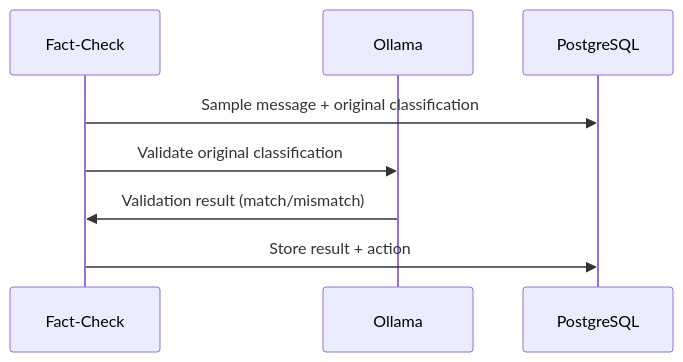
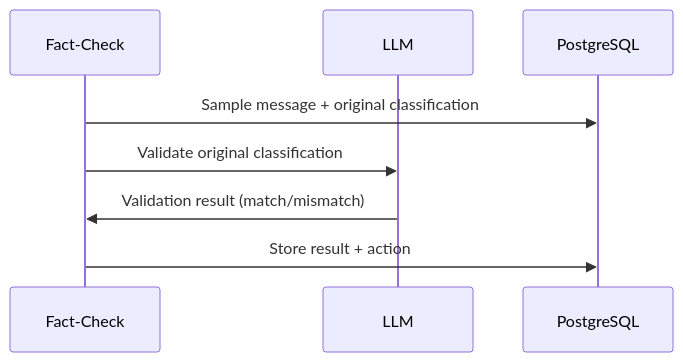
Before and after one commit to osintukraine/osint-platform-docs: the fourth of 6 diagrams in docs/developer-guide/services/fact-check.md, drawn with Mermaid. The commit also changed other lines of this file and 7 other files, not shown here.

Commit message:
docs(developer): replace qwen/ollama-era internals with links to platform LLM_GATEWAY.md

````diff
--- a/docs/developer-guide/services/fact-check.md
+++ b/docs/developer-guide/services/fact-check.md
@@ -108,11 +108,11 @@
 ```mermaid
 sequenceDiagram
     participant FC as Fact-Check
-    participant LLM as Ollama
+    participant LLM as LLM
     participant DB as PostgreSQL
 
     FC->>DB: Sample message + original classification
     FC->>LLM: Validate original classification
     LLM->>FC: Validation result (match/mismatch)
     FC->>DB: Store result + action
 ```
````
